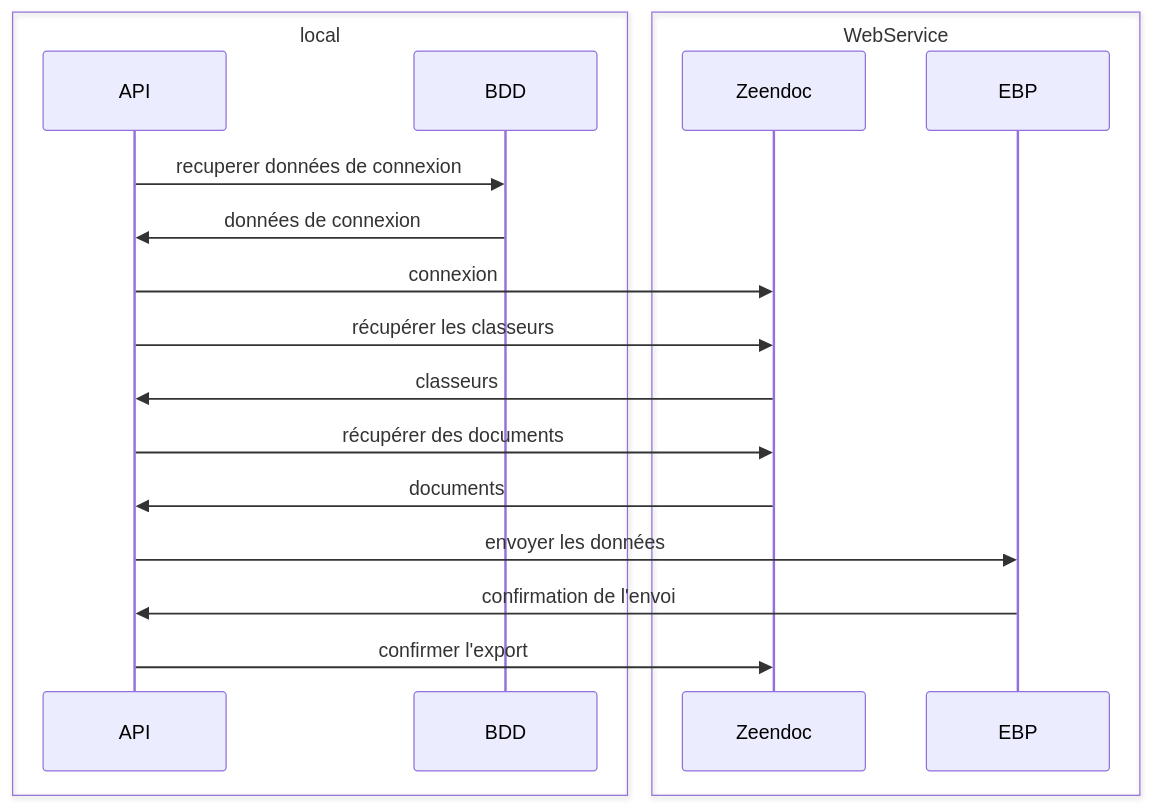
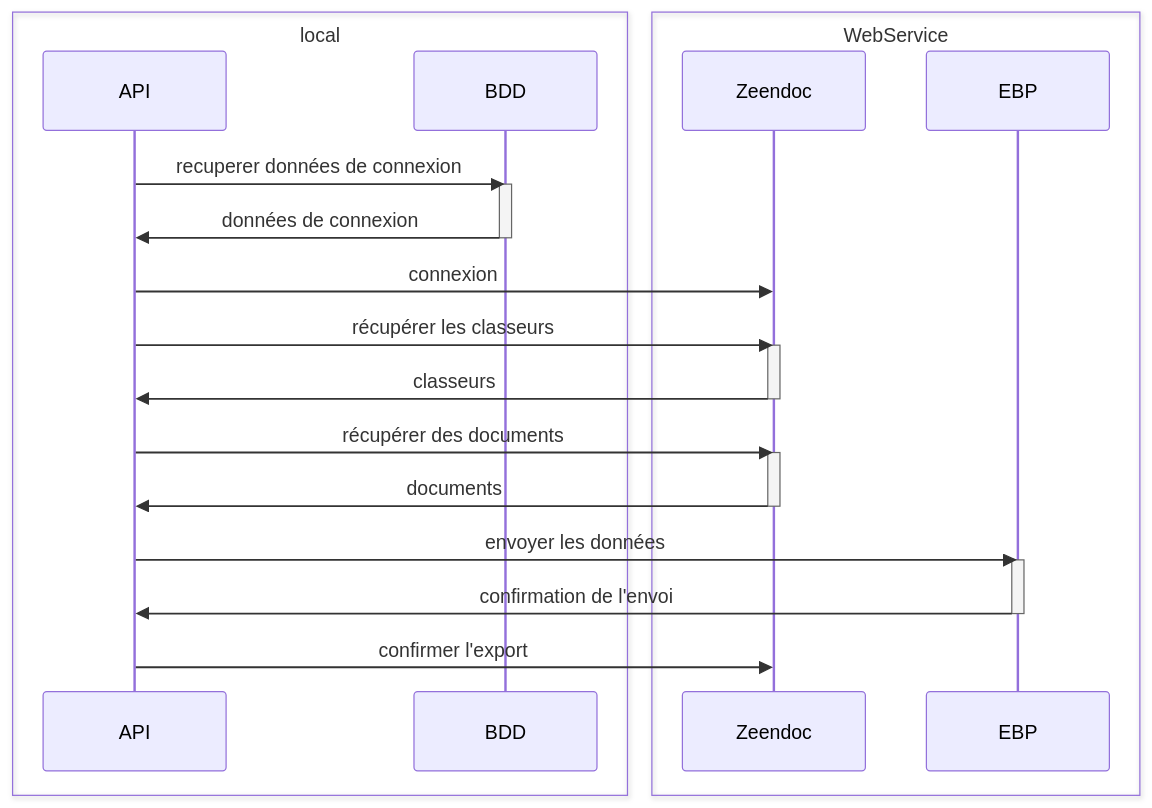
The second of 2 diagrams in README.md (Mhivelin/exportBAP), drawn with Mermaid before and after one commit.

````diff
--- a/README.md
+++ b/README.md
@@ -24,27 +24,35 @@
 ```mermaid
 sequenceDiagram
 
 box local
 participant API
 participant BDD
 end
 
 box WebService
 participant Zeendoc
 participant EBP
 end
 
 
 
 API->>BDD: recuperer données de connexion
+activate BDD
 BDD->>API: données de connexion
+deactivate BDD
 API->>Zeendoc: connexion
 API->>Zeendoc: récupérer les classeurs
+activate Zeendoc
 Zeendoc->>API: classeurs
+deactivate Zeendoc
 API->>Zeendoc: récupérer des documents
+activate Zeendoc
 Zeendoc->>API: documents
+deactivate Zeendoc
 API->>EBP: envoyer les données
+activate EBP
 EBP->>API: confirmation de l'envoi
+deactivate EBP
 API->>Zeendoc: confirmer l'export
 
 ```
````
